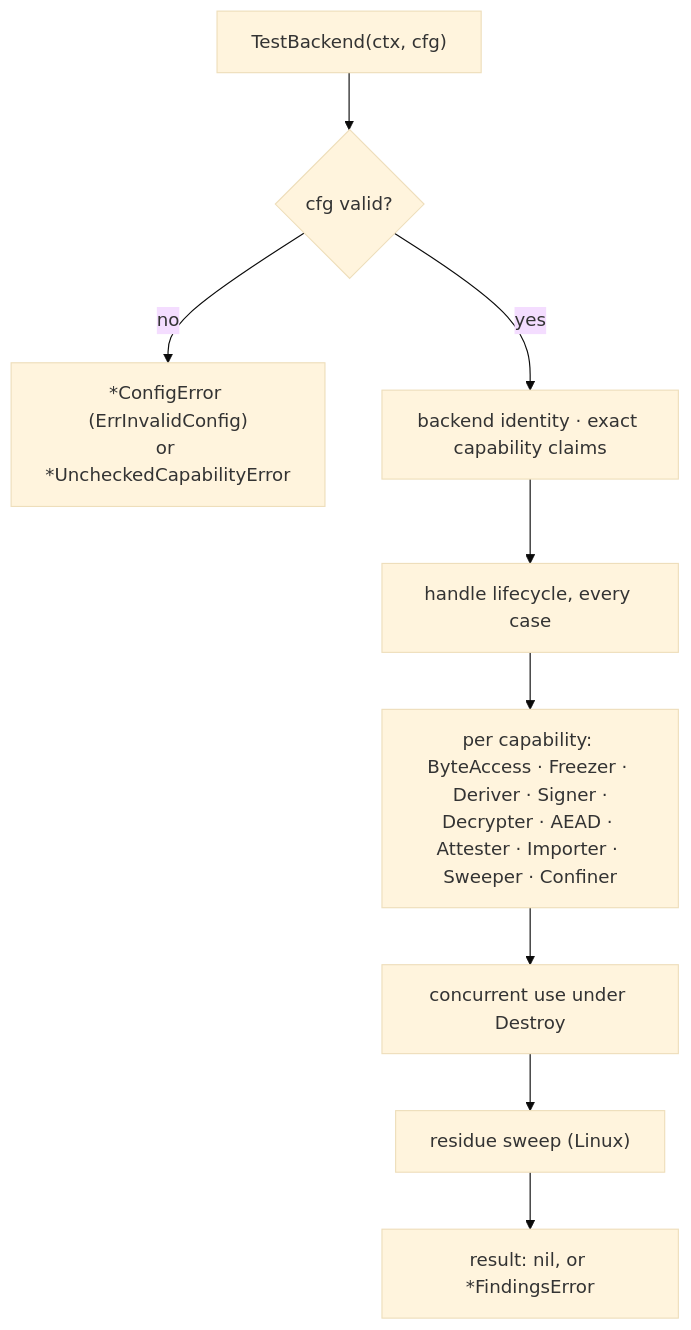
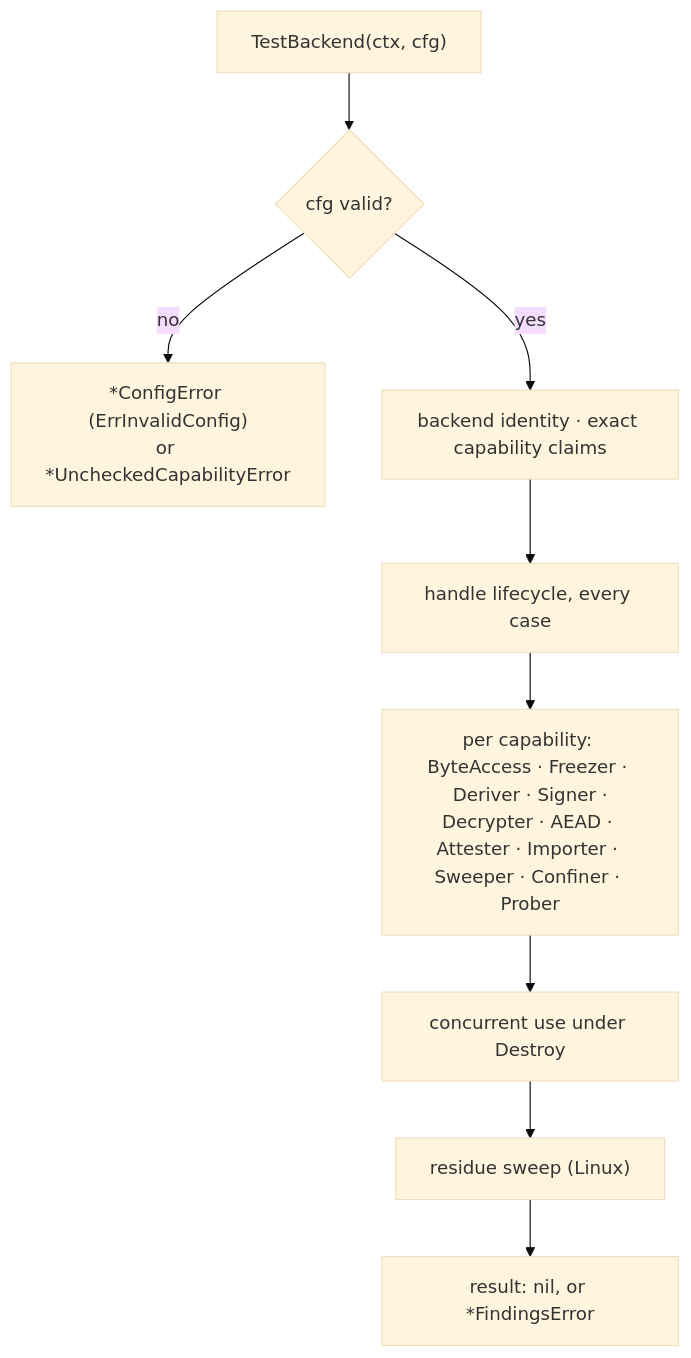
Before and after one commit to jeremyhahn/go-enclave: the first of 2 diagrams in docs/backend-conformance/architecture.md, drawn with Mermaid (base theme). The commit also changed other lines of this file and 26 other files, not shown here.

````diff
--- a/docs/backend-conformance/architecture.md
+++ b/docs/backend-conformance/architecture.md
@@ -26,11 +26,11 @@
 ```mermaid
 flowchart TD
   T["TestBackend(ctx, cfg)"] --> V{cfg valid?}
   V -- no --> CE["*ConfigError (ErrInvalidConfig)<br/>or *UncheckedCapabilityError"]
   V -- yes --> I["backend identity · exact capability claims"]
   I --> H["handle lifecycle, every case"]
-  H --> C["per capability: ByteAccess · Freezer · Deriver · Signer ·<br/>Decrypter · AEAD · Attester · Importer · Sweeper · Confiner"]
+  H --> C["per capability: ByteAccess · Freezer · Deriver · Signer ·<br/>Decrypter · AEAD · Attester · Importer · Sweeper · Confiner · Prober"]
   C --> U["concurrent use under Destroy"]
   U --> R["residue sweep (Linux)"]
   R --> O["result: nil, or *FindingsError"]
 ```
````
